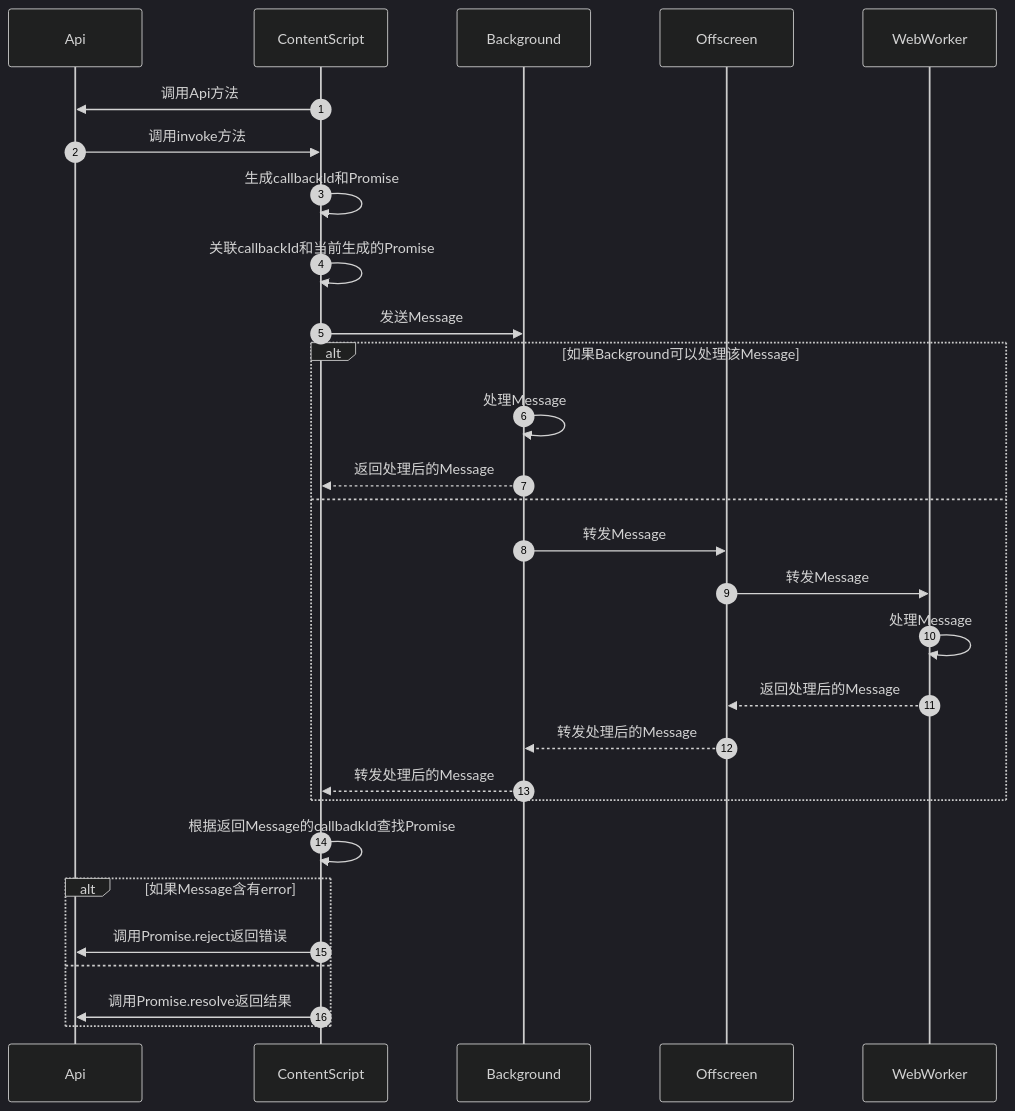
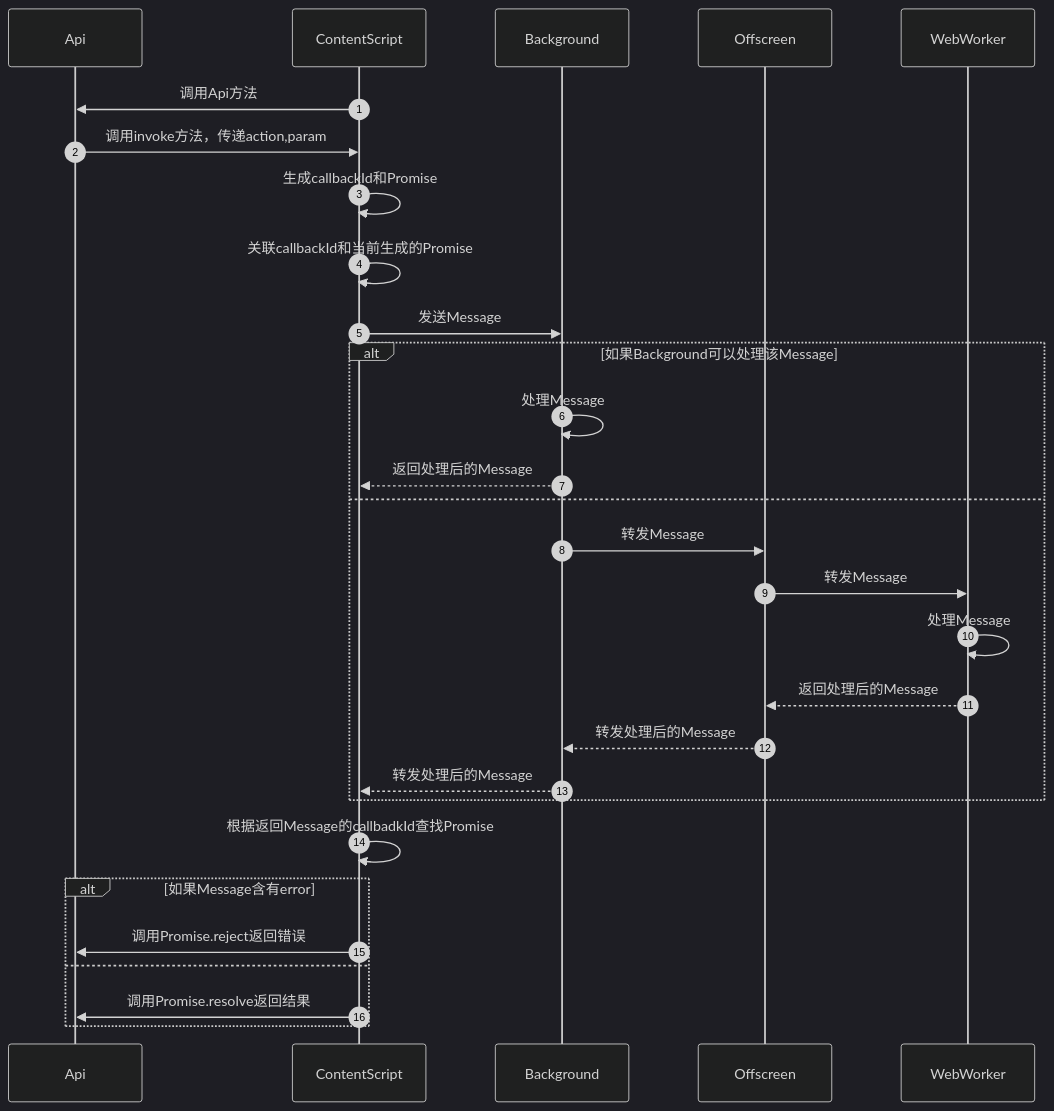
One commit to lastsunday/job-hunting changed the third of 5 diagrams in docs/src/development/extension/core_logic_flow.md. Above: the diagram before and after it, drawn with Mermaid (dark theme). The commit also changed other lines of this file, not shown here.

Commit message:
docs: add api and database

````diff
--- a/docs/src/development/extension/core_logic_flow.md
+++ b/docs/src/development/extension/core_logic_flow.md
@@ -148,31 +239,31 @@
 ```mermaid
 sequenceDiagram
   participant Api
   participant ContentScript
   participant Background
   participant Offscreen
   participant WebWorker
   autonumber
   ContentScript ->>  Api: 调用Api方法
-  Api ->> ContentScript: 调用invoke方法
+  Api ->> ContentScript: 调用invoke方法，传递action,param
   ContentScript ->> ContentScript: 生成callbackId和Promise
   ContentScript ->> ContentScript: 关联callbackId和当前生成的Promise
   ContentScript ->> Background: 发送Message
   alt 如果Background可以处理该Message
     Background ->> Background: 处理Message
     Background -->> ContentScript: 返回处理后的Message
   else
     Background ->> Offscreen: 转发Message
     Offscreen ->> WebWorker: 转发Message
     WebWorker ->> WebWorker: 处理Message
     WebWorker -->> Offscreen: 返回处理后的Message
     Offscreen -->> Background: 转发处理后的Message
     Background -->> ContentScript: 转发处理后的Message
   end
   ContentScript ->> ContentScript:根据返回Message的callbadkId查找Promise
   alt 如果Message含有error
     ContentScript ->> Api:调用Promise.reject返回错误
   else
     ContentScript ->> Api:调用Promise.resolve返回结果
   end
 ```
````
